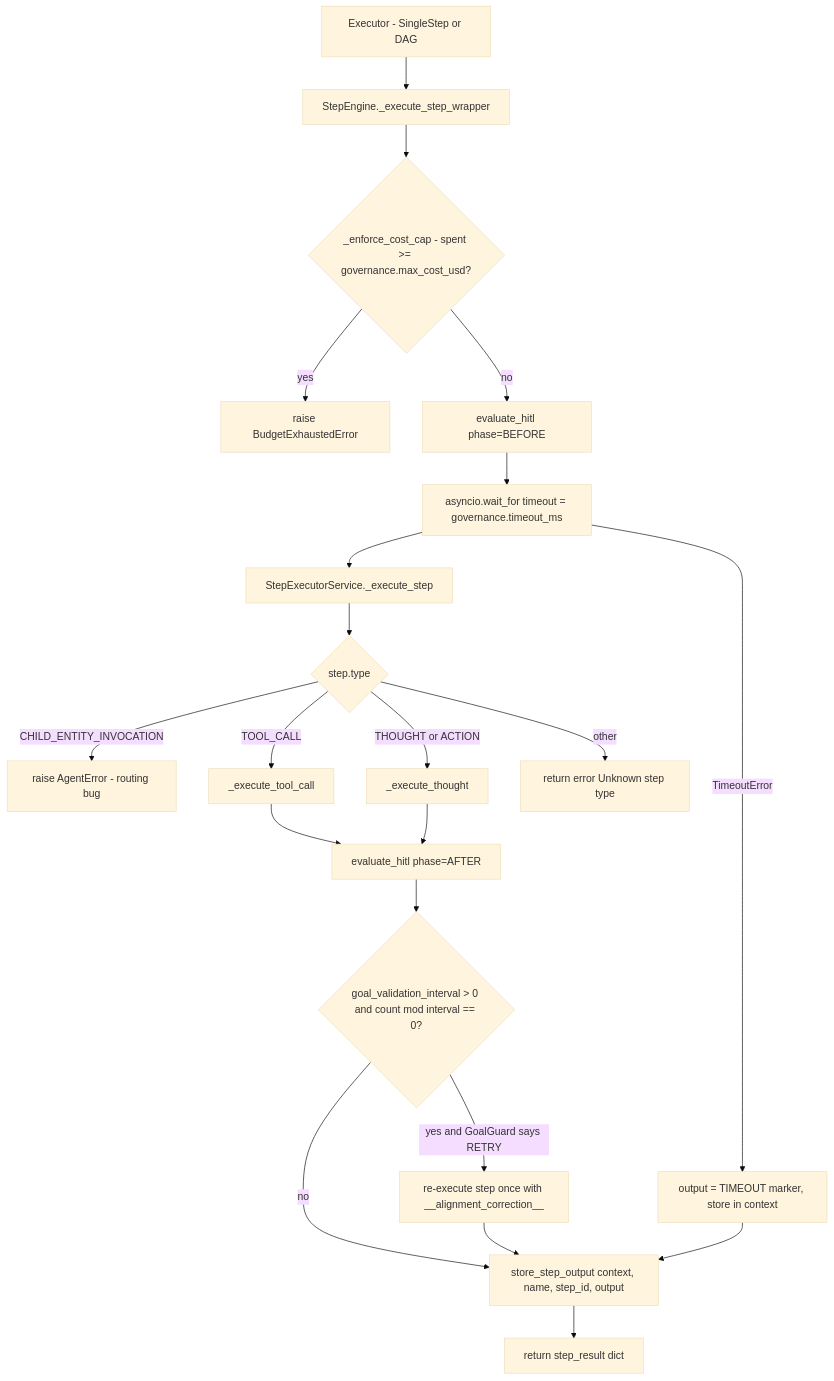
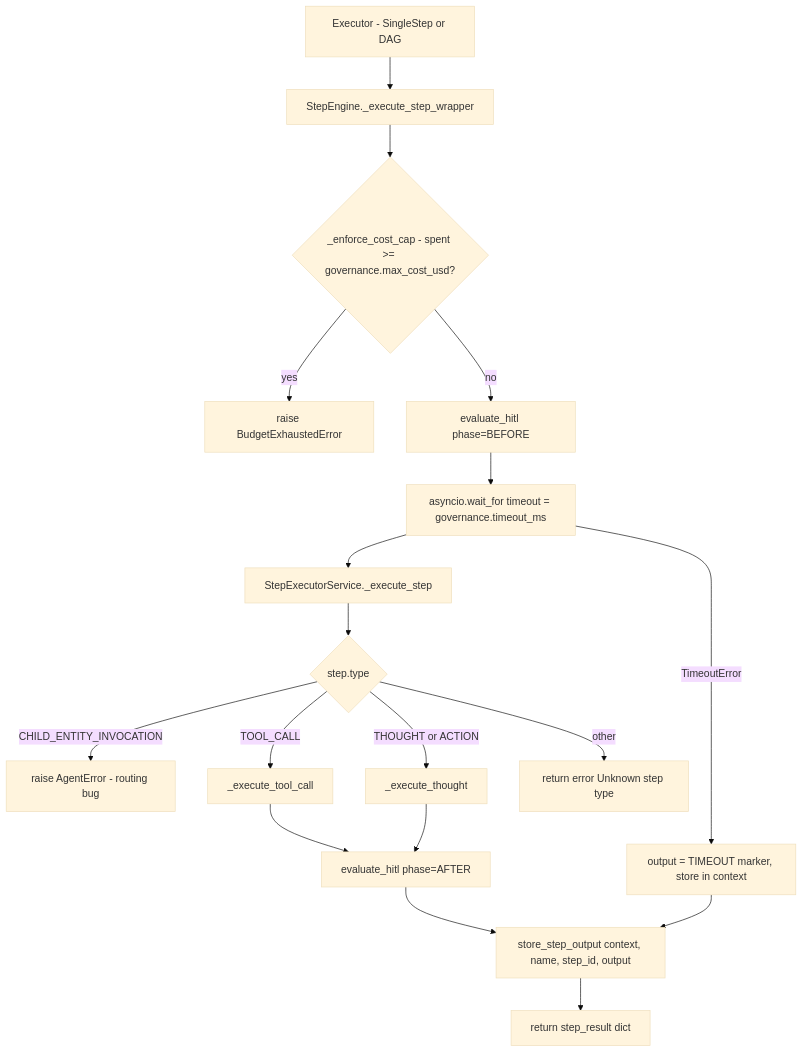
One commit to gondolerahul/hire-buddha-app changed the tenth of 20 diagrams in docs/current/06-execution-pipeline.md. Above: the diagram before and after it, drawn with Mermaid (base theme). The commit also changed other lines of this file and 20 other files, not shown here.

````diff
--- a/docs/current/06-execution-pipeline.md
+++ b/docs/current/06-execution-pipeline.md
@@ -1158,22 +1158,19 @@
 ```mermaid
 flowchart TD
     START["Executor - SingleStep or DAG"] --> WRAP["StepEngine._execute_step_wrapper"]
     WRAP --> CAP{"_enforce_cost_cap - spent >= governance.max_cost_usd?"}
     CAP -- yes --> RAISE["raise BudgetExhaustedError"]
     CAP -- no --> HITLB["evaluate_hitl phase=BEFORE"]
     HITLB --> TO["asyncio.wait_for timeout = governance.timeout_ms"]
     TO --> DISPATCH["StepExecutorService._execute_step"]
     DISPATCH --> T1{"step.type"}
     T1 -- CHILD_ENTITY_INVOCATION --> ERR["raise AgentError - routing bug"]
     T1 -- TOOL_CALL --> TC["_execute_tool_call"]
     T1 -- THOUGHT or ACTION --> TH["_execute_thought"]
     T1 -- other --> UNK["return error Unknown step type"]
     TO -- TimeoutError --> TOUT["output = TIMEOUT marker, store in context"]
     TC & TH --> HITLA["evaluate_hitl phase=AFTER"]
-    HITLA --> GG{"goal_validation_interval > 0 and count mod interval == 0?"}
-    GG -- yes and GoalGuard says RETRY --> RE["re-execute step once with __alignment_correction__"]
-    GG -- no --> STORE
-    RE --> STORE["store_step_output context, name, step_id, output"]
+    HITLA --> STORE["store_step_output context, name, step_id, output"]
     TOUT --> STORE
     STORE --> RET["return step_result dict"]
 ```
````
